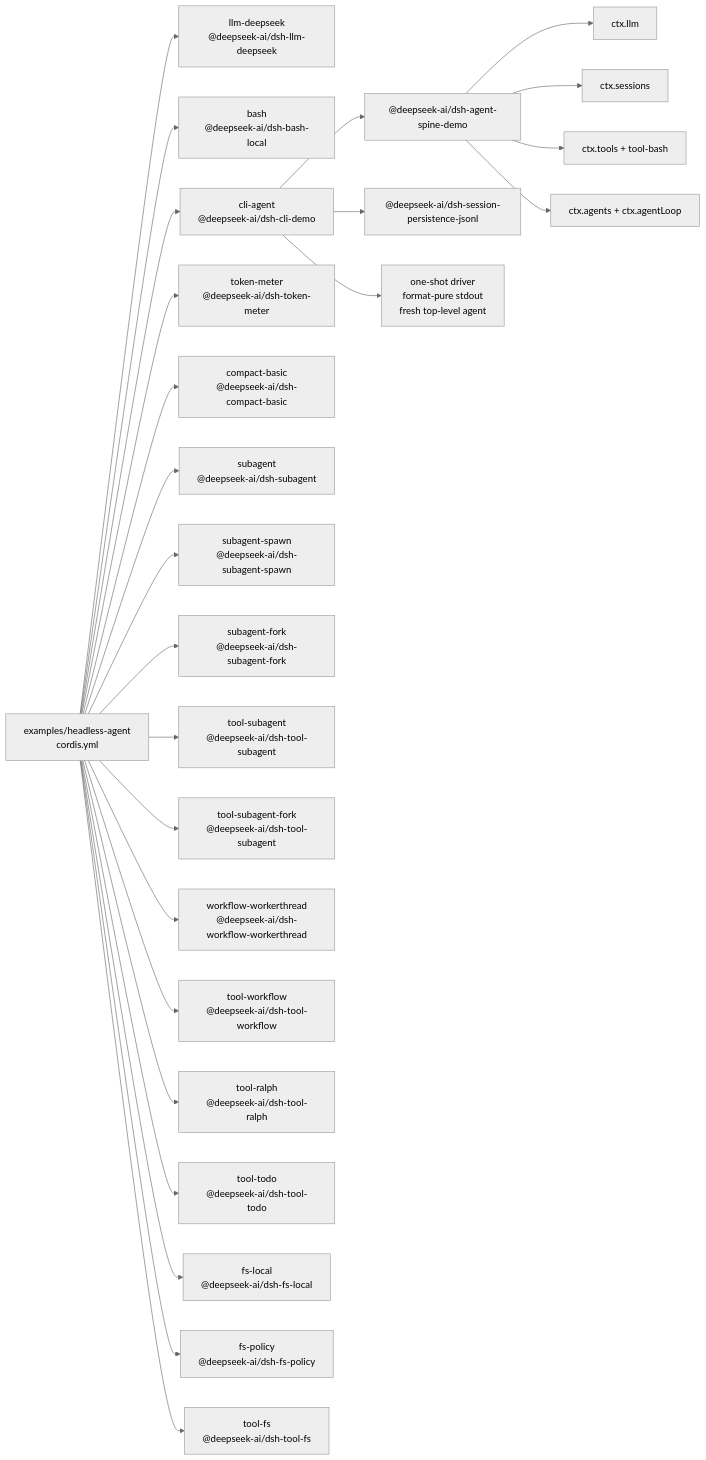
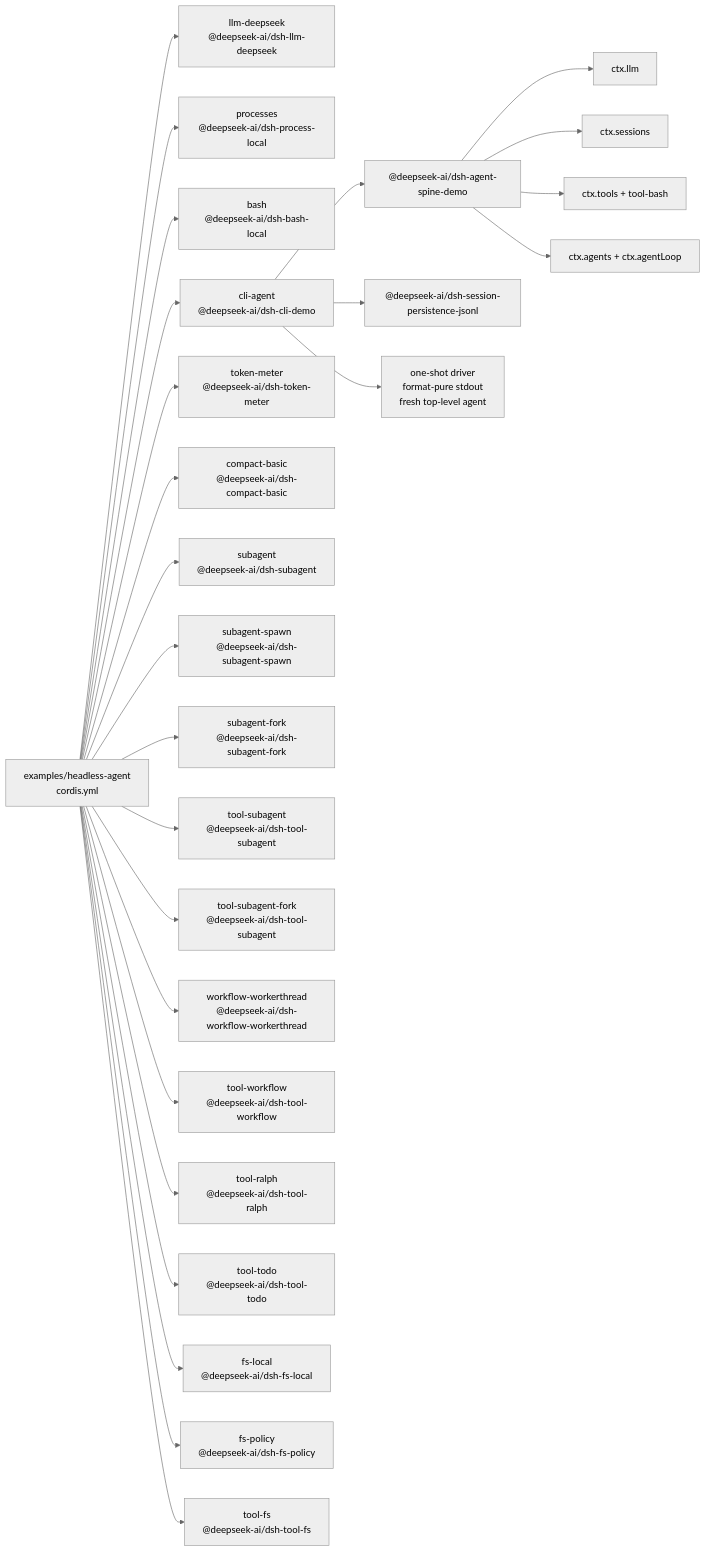
One commit to 007M7/DeepCode changed the diagram in examples/headless-agent/composition.md. Above: the diagram before and after it, drawn with Mermaid (neutral theme). The commit also changed other lines of this file and 88 other files, not shown here.

````diff
--- a/examples/headless-agent/composition.md
+++ b/examples/headless-agent/composition.md
@@ -8,45 +8,47 @@
 ```mermaid
 flowchart LR
   cfg["examples/headless-agent<br/>cordis.yml"]
   plugin_headless_llm_deepseek["llm-deepseek<br/>@deepseek-ai/dsh-llm-deepseek"]
   cfg --> plugin_headless_llm_deepseek
+  plugin_headless_processes["processes<br/>@deepseek-ai/dsh-process-local"]
+  cfg --> plugin_headless_processes
   plugin_headless_bash["bash<br/>@deepseek-ai/dsh-bash-local"]
   cfg --> plugin_headless_bash
   plugin_headless_cli_agent["cli-agent<br/>@deepseek-ai/dsh-cli-demo"]
   cfg --> plugin_headless_cli_agent
   plugin_headless_cli_agent --> bundle_agent_core["@deepseek-ai/dsh-agent-spine-demo"]
   plugin_headless_cli_agent --> bundle_jsonl["@deepseek-ai/dsh-session-persistence-jsonl"]
   plugin_headless_cli_agent --> frontdoor_cli["one-shot driver<br/>format-pure stdout<br/>fresh top-level agent"]
   bundle_agent_core --> spine_llm["ctx.llm"]
   bundle_agent_core --> spine_sessions["ctx.sessions"]
   bundle_agent_core --> spine_tools["ctx.tools + tool-bash"]
   bundle_agent_core --> spine_loop["ctx.agents + ctx.agentLoop"]
   plugin_headless_token_meter["token-meter<br/>@deepseek-ai/dsh-token-meter"]
   cfg --> plugin_headless_token_meter
   plugin_headless_compact_basic["compact-basic<br/>@deepseek-ai/dsh-compact-basic"]
   cfg --> plugin_headless_compact_basic
   plugin_headless_subagent["subagent<br/>@deepseek-ai/dsh-subagent"]
   cfg --> plugin_headless_subagent
   plugin_headless_subagent_spawn["subagent-spawn<br/>@deepseek-ai/dsh-subagent-spawn"]
   cfg --> plugin_headless_subagent_spawn
   plugin_headless_subagent_fork["subagent-fork<br/>@deepseek-ai/dsh-subagent-fork"]
   cfg --> plugin_headless_subagent_fork
   plugin_headless_tool_subagent["tool-subagent<br/>@deepseek-ai/dsh-tool-subagent"]
   cfg --> plugin_headless_tool_subagent
   plugin_headless_tool_subagent_fork["tool-subagent-fork<br/>@deepseek-ai/dsh-tool-subagent"]
   cfg --> plugin_headless_tool_subagent_fork
   plugin_headless_workflow_workerthread["workflow-workerthread<br/>@deepseek-ai/dsh-workflow-workerthread"]
   cfg --> plugin_headless_workflow_workerthread
   plugin_headless_tool_workflow["tool-workflow<br/>@deepseek-ai/dsh-tool-workflow"]
   cfg --> plugin_headless_tool_workflow
   plugin_headless_tool_ralph["tool-ralph<br/>@deepseek-ai/dsh-tool-ralph"]
   cfg --> plugin_headless_tool_ralph
   plugin_headless_tool_todo["tool-todo<br/>@deepseek-ai/dsh-tool-todo"]
   cfg --> plugin_headless_tool_todo
   plugin_headless_fs_local["fs-local<br/>@deepseek-ai/dsh-fs-local"]
   cfg --> plugin_headless_fs_local
   plugin_headless_fs_policy["fs-policy<br/>@deepseek-ai/dsh-fs-policy"]
   cfg --> plugin_headless_fs_policy
   plugin_headless_tool_fs["tool-fs<br/>@deepseek-ai/dsh-tool-fs"]
   cfg --> plugin_headless_tool_fs
 ```
````
